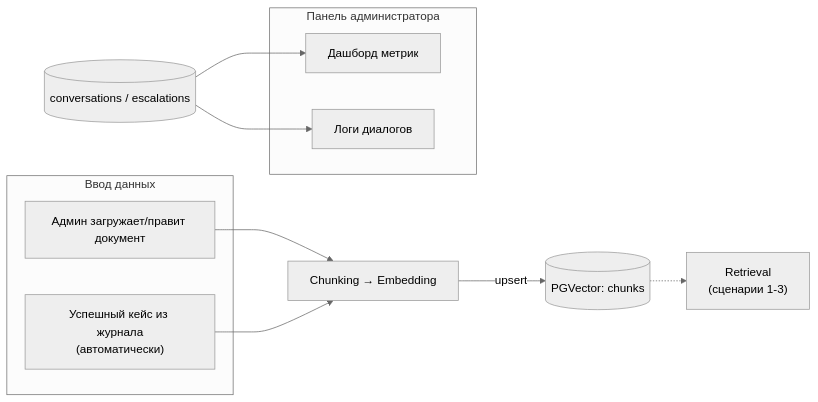
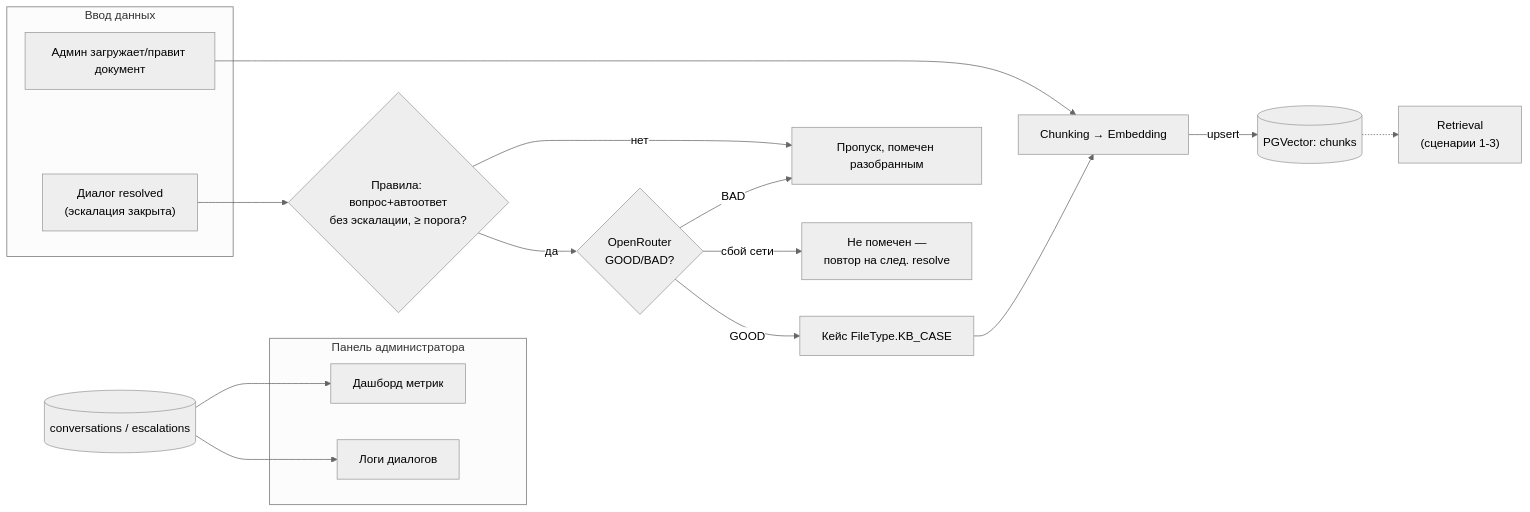
Before and after one commit to Ivansups/Molvest-solution: the fourth of 5 diagrams in docs/SCENARIOS.md, drawn with Mermaid (neutral theme). The commit also changed other lines of this file and 2 other files, not shown here.

Commit message:
docs: отразить автоинжест кейсов (#46) в README, ROADMAP и SCENARIOS
Сценарий 4 теперь закрыт: после resolve эскалированного диалога
правила + OpenRouter GOOD/BAD отбирают кейс в базу знаний. Обновлена
диаграмма сценария 4 — показывает реальный gate и fail-closed ветку
для сбоя сети (не помечается, повтор на следующем resolve).

Claude-Session: https://claude.ai/code/session_014pfzHyFbK998E5J3hd1F3C

````diff
--- a/docs/SCENARIOS.md
+++ b/docs/SCENARIOS.md
@@ -125,19 +125,26 @@
 ```mermaid
 flowchart LR
     subgraph Ввод данных
         A1[Админ загружает/правит документ]
-        A2["Успешный кейс из журнала\n(автоматически)"]
+        A2["Диалог resolved\n(эскалация закрыта)"]
     end
 
+    A2 --> R{"Правила: вопрос+автоответ\nбез эскалации, ≥ порога?"}
+    R -- нет --> SKIP["Пропуск, помечен разобранным"]
+    R -- да --> LLM{"OpenRouter\nGOOD/BAD?"}
+    LLM -- BAD --> SKIP
+    LLM -- "сбой сети" --> RETRY["Не помечен —\nповтор на след. resolve"]
+    LLM -- GOOD --> A2G["Кейс FileType.KB_CASE"]
+
     A1 --> PIPE[Chunking → Embedding]
-    A2 --> PIPE
+    A2G --> PIPE
     PIPE -- "upsert" --> DB[(PGVector: chunks)]
     DB -.-> RAG["Retrieval\n(сценарии 1-3)"]
 
     subgraph Панель администратора
         M[Дашборд метрик]
         L[Логи диалогов]
     end
     LOGS[(conversations / escalations)] --> M
     LOGS --> L
 ```
````
